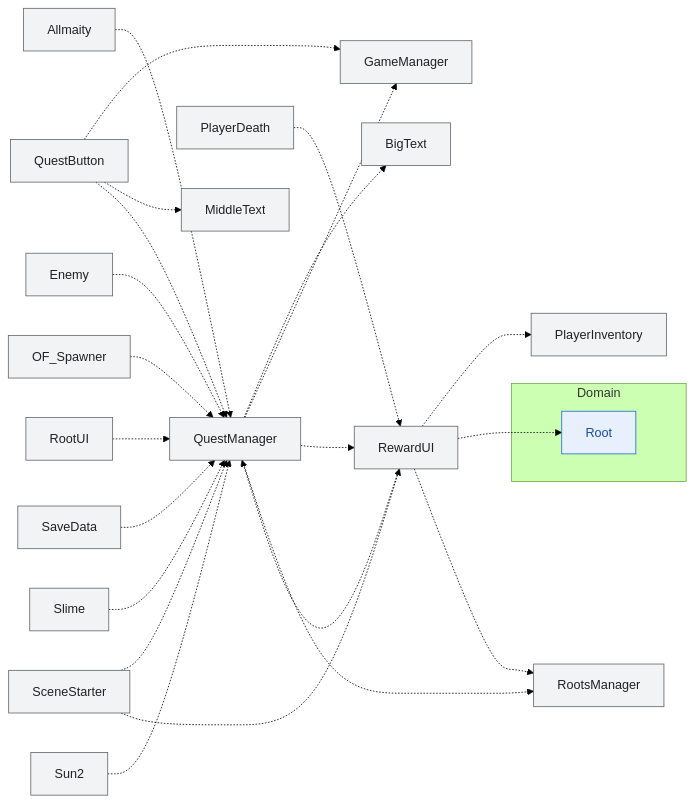
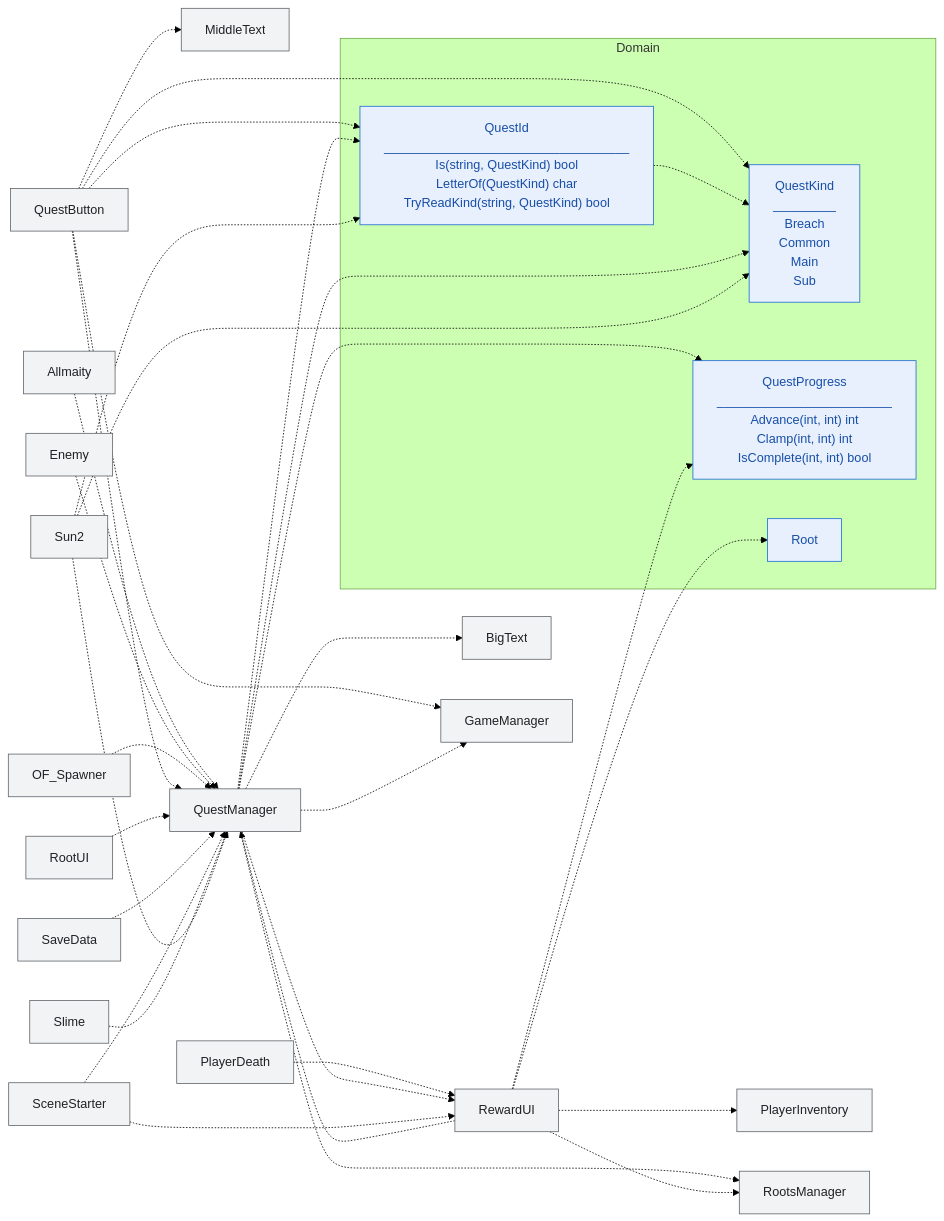
Before and after one commit to hukahirame/memorial-frontland: the diagram in docs/dependencies-diagrams/quest.md, drawn with Mermaid (forest theme). The commit also changed 13 other files, not shown here.

````diff
--- a/docs/dependencies-diagrams/quest.md
+++ b/docs/dependencies-diagrams/quest.md
@@ -12,49 +12,61 @@
 ```mermaid
 graph LR
   subgraph Domain
+    QuestId["QuestId<br/>___________________________________<br/>Is(string, QuestKind) bool<br/>LetterOf(QuestKind) char<br/>TryReadKind(string, QuestKind) bool"]
+    QuestKind["QuestKind<br/>_________<br/>Breach<br/>Common<br/>Main<br/>Sub"]
+    QuestProgress["QuestProgress<br/>_________________________<br/>Advance(int, int) int<br/>Clamp(int, int) int<br/>IsComplete(int, int) bool"]
     Root
   end
   Allmaity
   BigText
   Enemy
   GameManager
   MiddleText
   OF_Spawner
   PlayerDeath
   PlayerInventory
   QuestButton
   QuestManager
   RewardUI
   RootUI
   RootsManager
   SaveData
   SceneStarter
   Slime
   Sun2
   Allmaity -.-> QuestManager
   Enemy -.-> QuestManager
   OF_Spawner -.-> QuestManager
   PlayerDeath -.-> RewardUI
   QuestButton -.-> GameManager
   QuestButton -.-> MiddleText
+  QuestButton -.-> QuestId
+  QuestButton -.-> QuestKind
   QuestButton -.-> QuestManager
+  QuestId -.-> QuestKind
   QuestManager -.-> BigText
   QuestManager -.-> GameManager
+  QuestManager -.-> QuestId
+  QuestManager -.-> QuestKind
+  QuestManager -.-> QuestProgress
   QuestManager -.-> RewardUI
   QuestManager -.-> RootsManager
   RewardUI -.-> PlayerInventory
   RewardUI -.-> QuestManager
+  RewardUI -.-> QuestProgress
   RewardUI -.-> Root
   RewardUI -.-> RootsManager
   RootUI -.-> QuestManager
   SaveData -.-> QuestManager
   SceneStarter -.-> QuestManager
   SceneStarter -.-> RewardUI
   Slime -.-> QuestManager
+  Sun2 -.-> QuestId
+  Sun2 -.-> QuestKind
   Sun2 -.-> QuestManager
   classDef domain fill:#e8f0fe,stroke:#1967d2,color:#174ea6;
   classDef game   fill:#fef7e0,stroke:#b06000,color:#8a5300;
   classDef legacy fill:#f1f3f4,stroke:#5f6368,color:#202124;
-  class Root domain;
+  class QuestId,QuestKind,QuestProgress,Root domain;
   class Allmaity,BigText,Enemy,GameManager,MiddleText,OF_Spawner,PlayerDeath,PlayerInventory,QuestButton,QuestManager,RewardUI,RootUI,RootsManager,SaveData,SceneStarter,Slime,Sun2 legacy;
 ```
````
